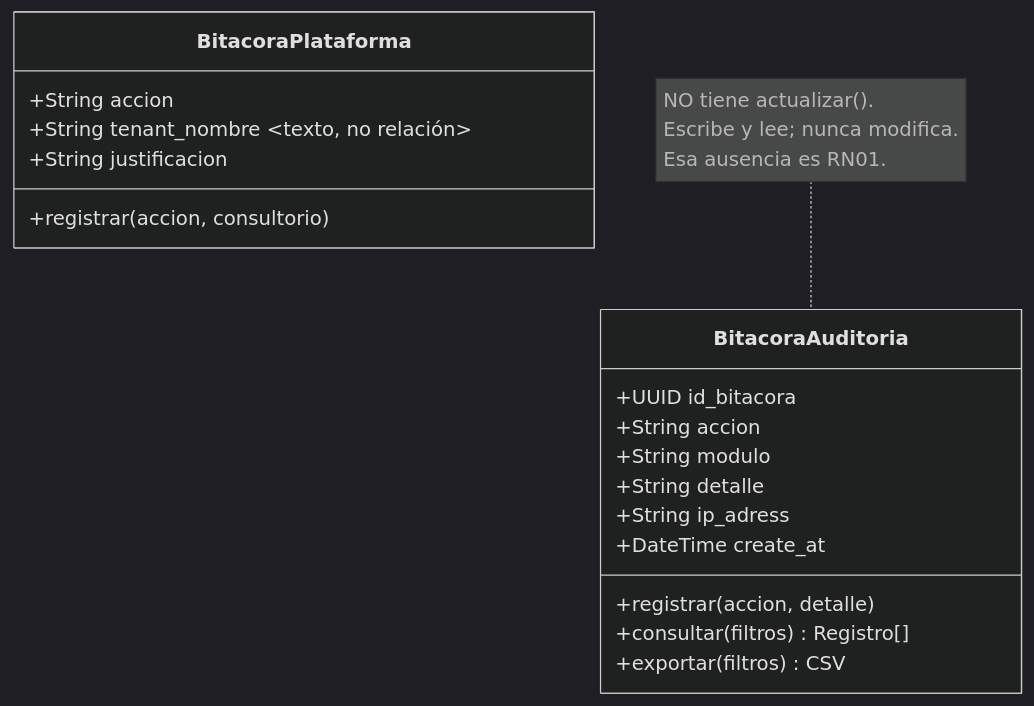
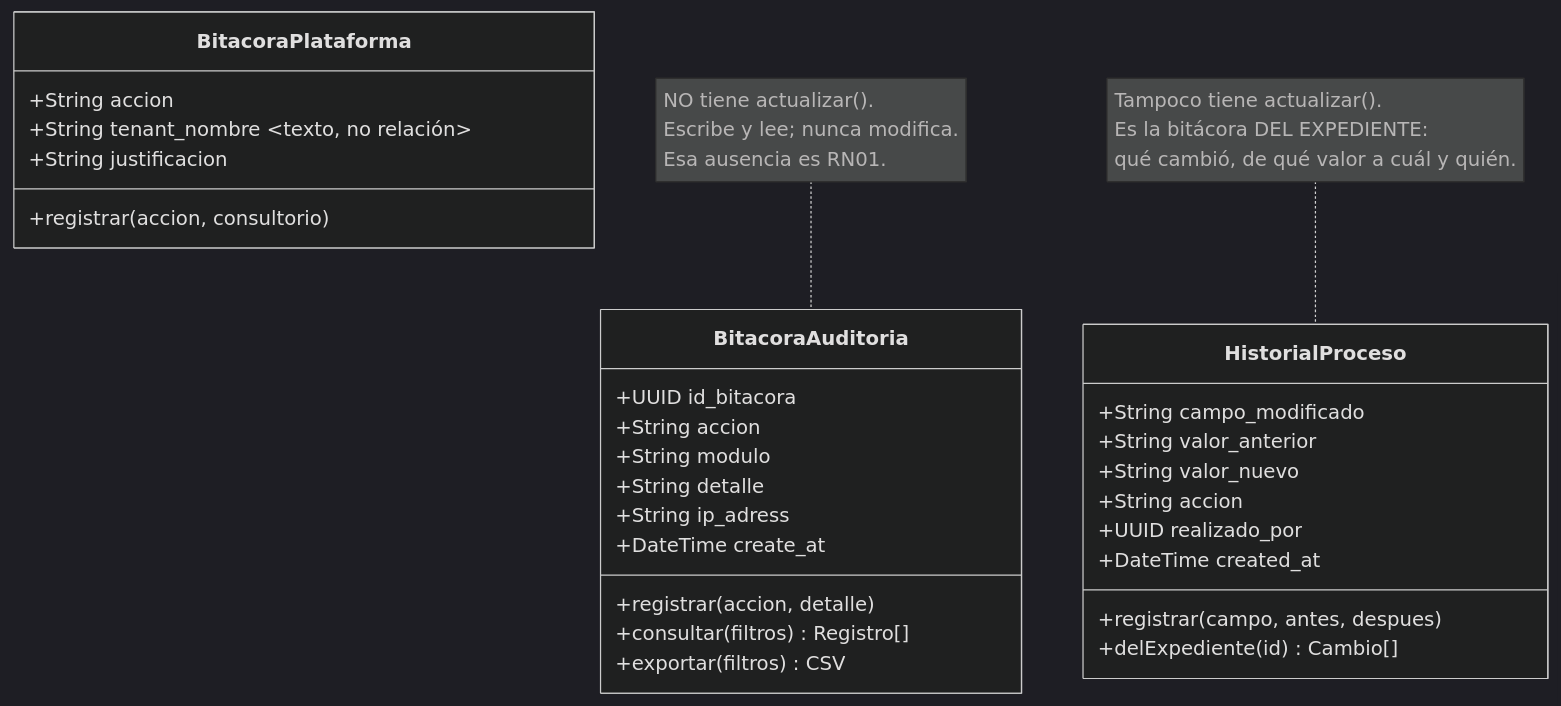
Before and after one commit to Aryannext/sistema-juridico: the fourth of 5 diagrams in documentacion-a-presentar/diagramas/07-clases.md, drawn with Mermaid (dark theme). The commit also changed other lines of this file and 62 other files, not shown here.

````diff
--- a/documentacion-a-presentar/diagramas/07-clases.md
+++ b/documentacion-a-presentar/diagramas/07-clases.md
@@ -195,23 +231,36 @@
 ```mermaid
 classDiagram
     class BitacoraAuditoria {
         +UUID id_bitacora
         +String accion
         +String modulo
         +String detalle
         +String ip_adress
         +DateTime create_at
         +registrar(accion, detalle)
         +consultar(filtros) Registro[]
         +exportar(filtros) CSV
     }
 
     note for BitacoraAuditoria "NO tiene actualizar().<br/>Escribe y lee; nunca modifica.<br/>Esa ausencia es RN01."
 
+    class HistorialProceso {
+        +String campo_modificado
+        +String valor_anterior
+        +String valor_nuevo
+        +String accion
+        +UUID realizado_por
+        +DateTime created_at
+        +registrar(campo, antes, despues)
+        +delExpediente(id) Cambio[]
+    }
+
+    note for HistorialProceso "Tampoco tiene actualizar().<br/>Es la bitácora DEL EXPEDIENTE:<br/>qué cambió, de qué valor a cuál y quién."
+
     class BitacoraPlataforma {
         +String accion
         +String tenant_nombre ~texto, no relación~
         +String justificacion
         +registrar(accion, consultorio)
     }
 ```
````
